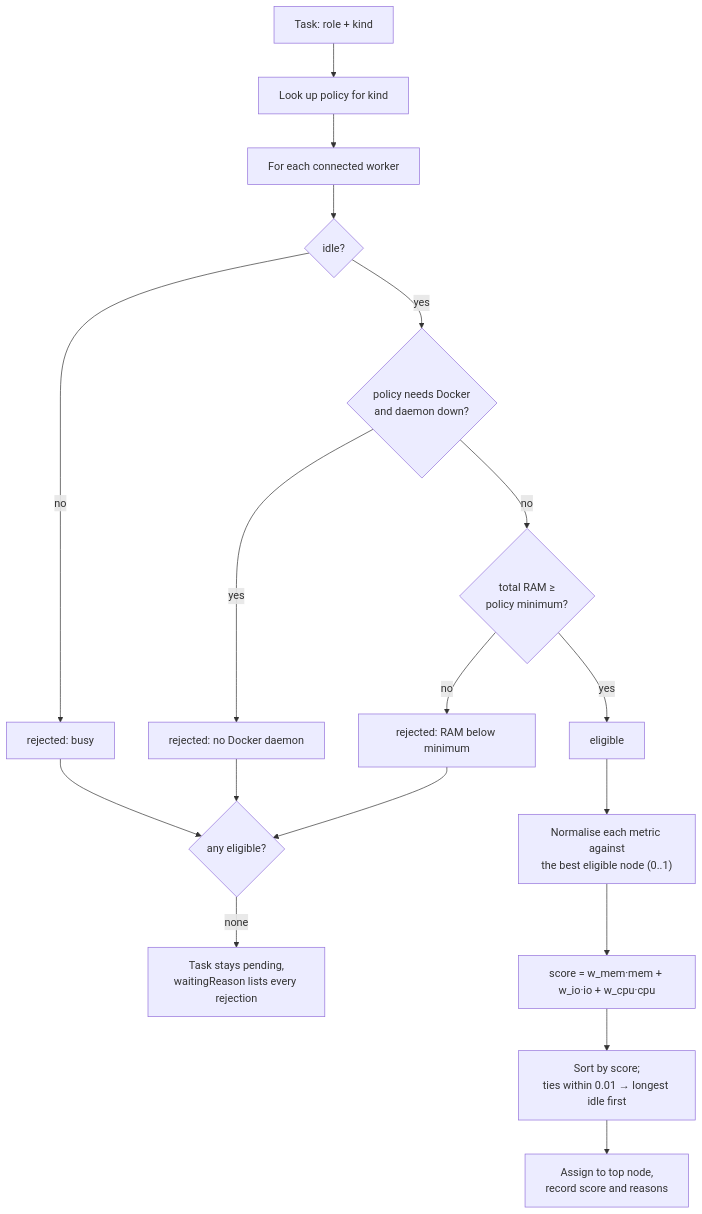
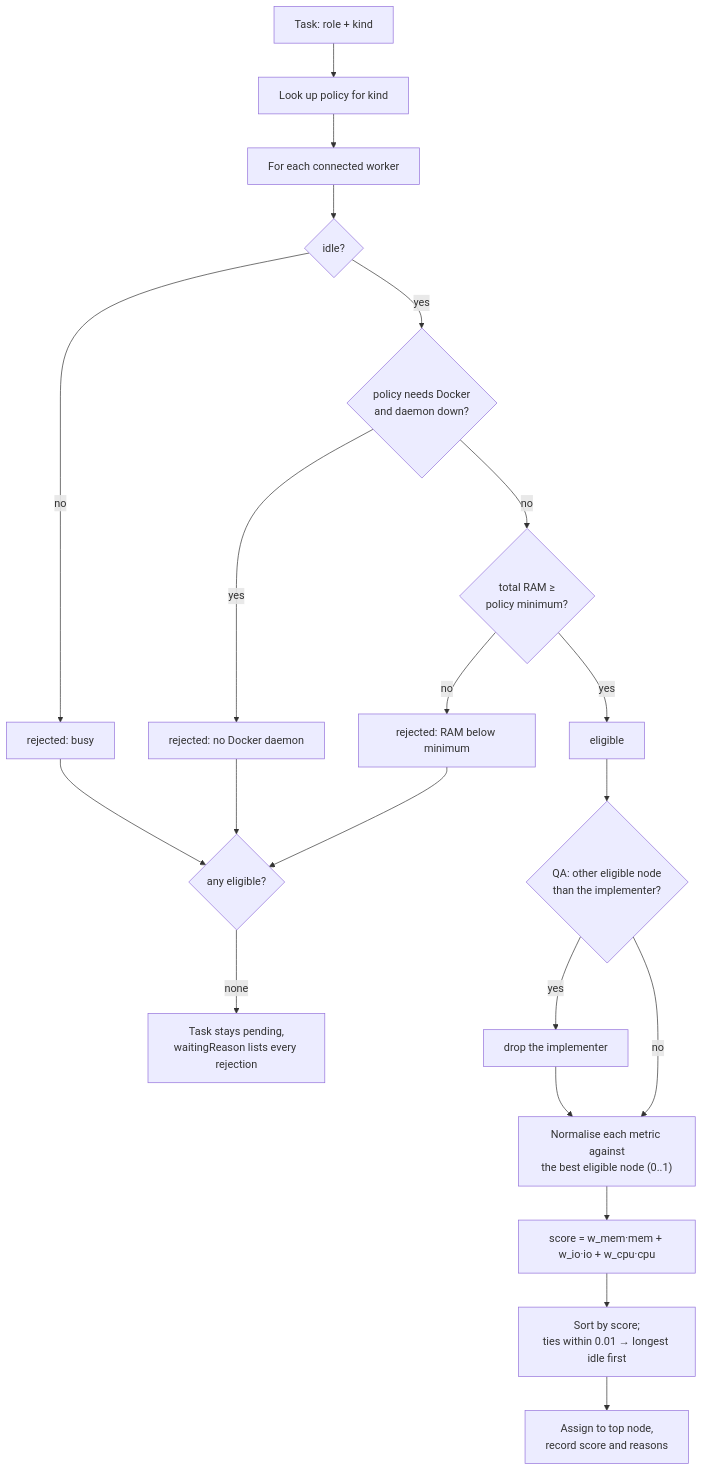
Before and after one commit to Sys64k/ai-swarm-orchestrator: the sixth of 17 diagrams in ARCHITECTURE.md, drawn with Mermaid. The commit also changed other lines of this file and 5 other files, not shown here.

First line of the commit message:
feat: run QA on another node than the implementer when one is free

````diff
--- a/ARCHITECTURE.md
+++ b/ARCHITECTURE.md
@@ -358,18 +361,21 @@
 ```mermaid
 flowchart TD
   T["Task: role + kind"] --> P["Look up policy for kind"]
   P --> L["For each connected worker"]
   L --> R2{"idle?"}
   R2 -- no --> X2["rejected: busy"]
   R2 -- yes --> R3{"policy needs Docker<br/>and daemon down?"}
   R3 -- yes --> X3["rejected: no Docker daemon"]
   R3 -- no --> R4{"total RAM ≥<br/>policy minimum?"}
   R4 -- no --> X4["rejected: RAM below minimum"]
   R4 -- yes --> OK["eligible"]
-  OK --> N["Normalise each metric against<br/>the best eligible node (0..1)"]
+  OK --> AV{"QA: other eligible node<br/>than the implementer?"}
+  AV -- yes --> DROP["drop the implementer"]
+  AV -- no --> N
+  DROP --> N["Normalise each metric against<br/>the best eligible node (0..1)"]
   N --> S["score = w_mem·mem + w_io·io + w_cpu·cpu"]
   S --> SORT["Sort by score;<br/>ties within 0.01 → longest idle first"]
   SORT --> PICK["Assign to top node,<br/>record score and reasons"]
   X2 & X3 & X4 --> W{"any eligible?"}
   W -- "none" --> PEND["Task stays pending,<br/>waitingReason lists every rejection"]
 ```
````
